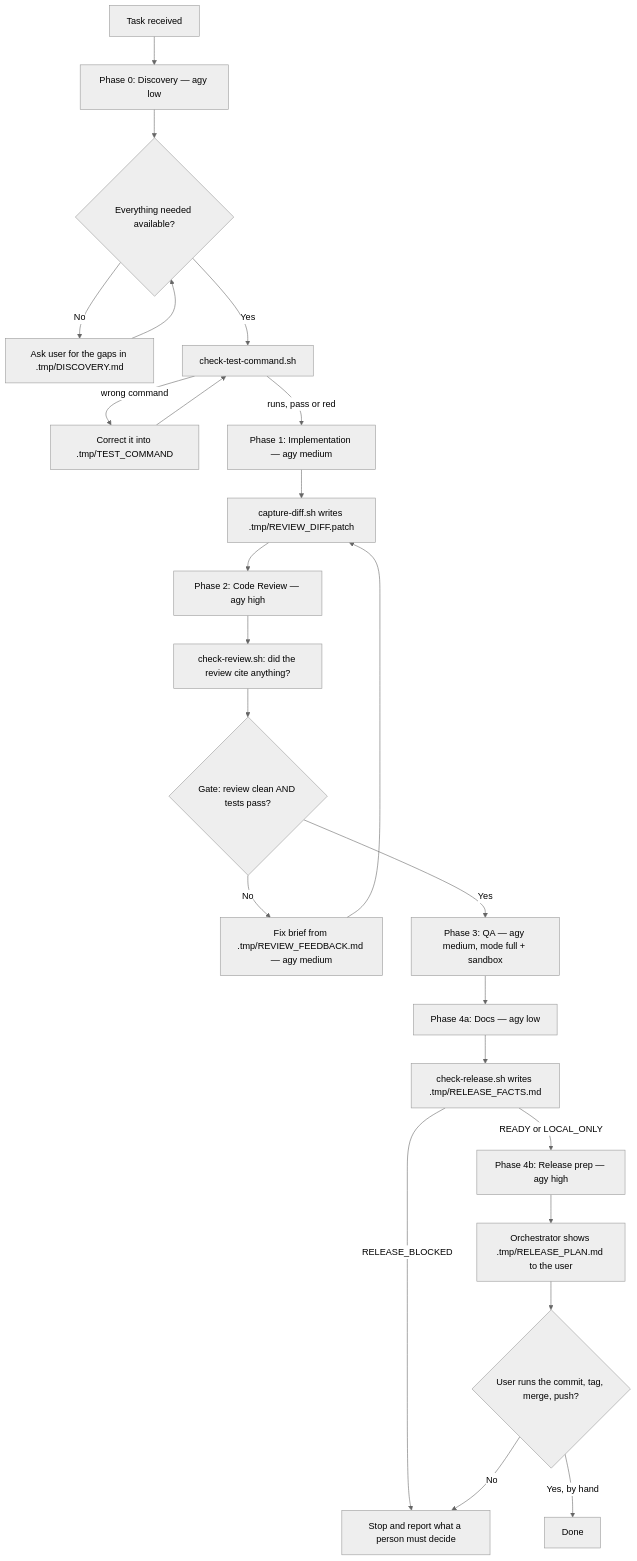
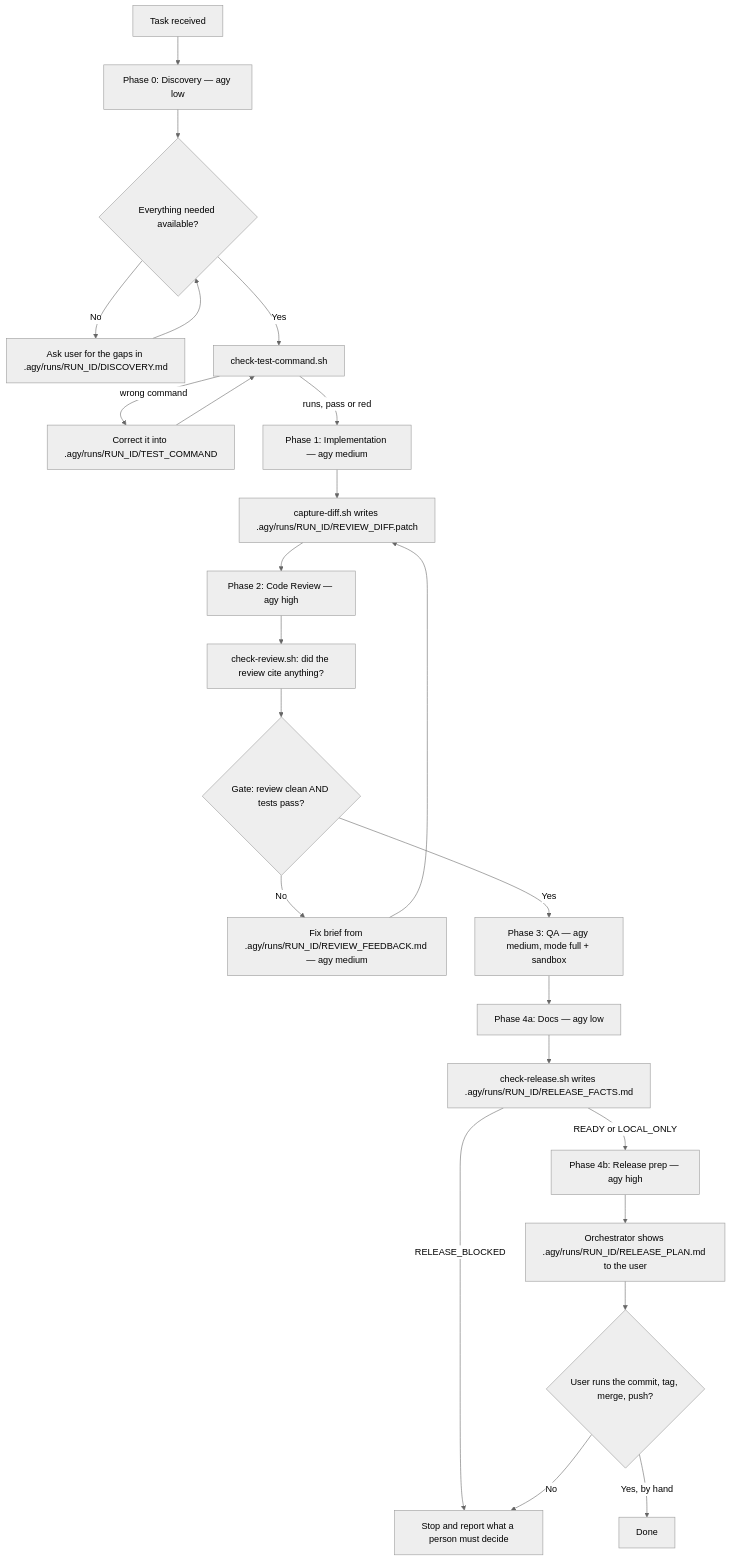
One commit to chilliesdev/agy-delivery-pipeline changed the diagram in skills/agy-pipeline/SKILL.md. Above: the diagram before and after it, drawn with Mermaid (neutral theme). The commit also changed other lines of this file and 5 other files, not shown here.

````diff
--- a/skills/agy-pipeline/SKILL.md
+++ b/skills/agy-pipeline/SKILL.md
@@ -271,26 +302,26 @@
 ```mermaid
 flowchart TD
     A[Task received] --> B[Phase 0: Discovery — agy low]
     B --> C{Everything needed available?}
-    C -- No --> D[Ask user for the gaps in .tmp/DISCOVERY.md]
+    C -- No --> D[Ask user for the gaps in .agy/runs/RUN_ID/DISCOVERY.md]
     D --> C
     C -- Yes --> V[check-test-command.sh]
-    V -- wrong command --> W[Correct it into .tmp/TEST_COMMAND]
+    V -- wrong command --> W[Correct it into .agy/runs/RUN_ID/TEST_COMMAND]
     W --> V
     V -- runs, pass or red --> E[Phase 1: Implementation — agy medium]
-    E --> X[capture-diff.sh writes .tmp/REVIEW_DIFF.patch]
+    E --> X[capture-diff.sh writes .agy/runs/RUN_ID/REVIEW_DIFF.patch]
     X --> F[Phase 2: Code Review — agy high]
     F --> Y[check-review.sh: did the review cite anything?]
     Y --> G{Gate: review clean AND tests pass?}
-    G -- No --> H[Fix brief from .tmp/REVIEW_FEEDBACK.md — agy medium]
+    G -- No --> H[Fix brief from .agy/runs/RUN_ID/REVIEW_FEEDBACK.md — agy medium]
     H --> X
     G -- Yes --> I[Phase 3: QA — agy medium, mode full + sandbox]
     I --> J[Phase 4a: Docs — agy low]
-    J --> L[check-release.sh writes .tmp/RELEASE_FACTS.md]
+    J --> L[check-release.sh writes .agy/runs/RUN_ID/RELEASE_FACTS.md]
     L -- RELEASE_BLOCKED --> M[Stop and report what a person must decide]
     L -- READY or LOCAL_ONLY --> N[Phase 4b: Release prep — agy high]
-    N --> O[Orchestrator shows .tmp/RELEASE_PLAN.md to the user]
+    N --> O[Orchestrator shows .agy/runs/RUN_ID/RELEASE_PLAN.md to the user]
     O --> P{User runs the commit, tag, merge, push?}
     P -- Yes, by hand --> K[Done]
     P -- No --> M
 ```
````
